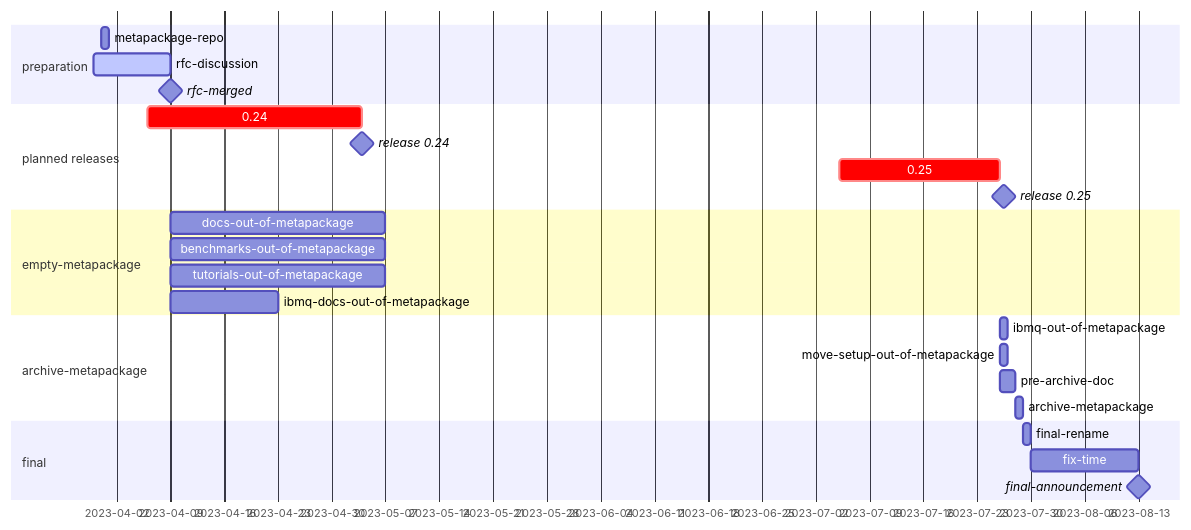
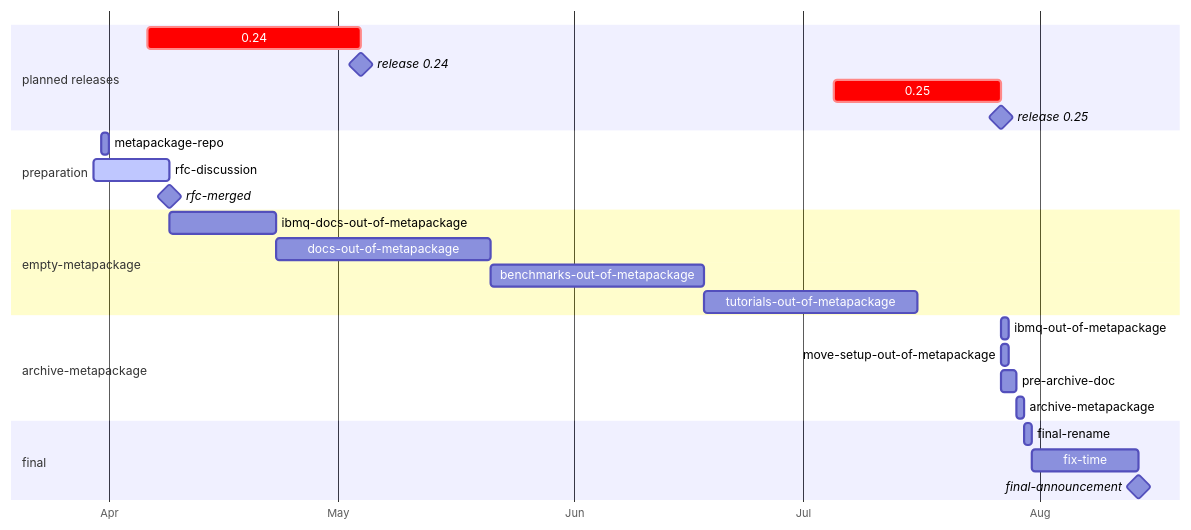
The diagram in ####-repo-rename.md (Qiskit/RFCs), drawn with Mermaid before and after one commit.

````diff
--- a/####-repo-rename.md
+++ b/####-repo-rename.md
@@ -52,30 +52,31 @@
 ```mermaid
 gantt
     dateFormat  YYYY-MM-DD
-    tickInterval 1week
+    tickInterval 1month
     todayMarker off
+    axisFormat %b
 
+    section planned releases
+    0.24         : crit, release024, 2023-04-06, 28d    
+    release 0.24 : milestone, 2023-05-04   
+    0.25         : crit, release025, 2023-07-05, 22d
+    release 0.25 : milestone, 2023-07-27    
     section preparation
     metapackage-repo :metapackage-repo, 2023-03-31, 1d
     rfc-discussion   :active, rfc-discussion, 2023-03-30, 10d
-    rfc-merged   :milestone, rfc-merged, after rfc-discussion, 
-    section planned releases
-    0.24         : crit, release024, 2023-04-06, 4w    
-    release 0.24 : milestone, 2023-05-04   
-    0.25         : crit, release025, 2023-07-05, 3w
-    release 0.25 : milestone, 2023-07-27    
+    rfc-merged   :milestone, rfc-merged, after rfc-discussion, 0d 
     section empty-metapackage  
-    docs-out-of-metapackage         :docs, after rfc-merged, 4w
-    benchmarks-out-of-metapackage   :benchmarks, after rfc-merged, 4w
-    tutorials-out-of-metapackage    :tutorials, after rfc-merged, 4w
     ibmq-docs-out-of-metapackage    :ibmq-docs, after rfc-merged, 2w
+    docs-out-of-metapackage         :docs, after ibmq-docs, 4w
+    benchmarks-out-of-metapackage   :benchmarks, after docs, 4w
+    tutorials-out-of-metapackage    :tutorials, after benchmarks, 4w
     section archive-metapackage
     ibmq-out-of-metapackage        :ibmq-archived, after release025, 1d
     move-setup-out-of-metapackage  :setup, after release025, 1d
     pre-archive-doc                :archive-doc, after release025, 2d
     archive-metapackage            :archive-meta, after archive-doc setup, 1d  
     section final
-    final-rename    : m1, after archive-meta, 1d
-    fix-time:       : fix-time, after m1, 2w
-    final-announcement : milestone, m2
+    final-rename    : finalrename, after archive-meta, 1d
+    fix-time:       : fix-time, after finalrename, 2w
+    final-announcement : milestone, finalannoun
 ```
````
